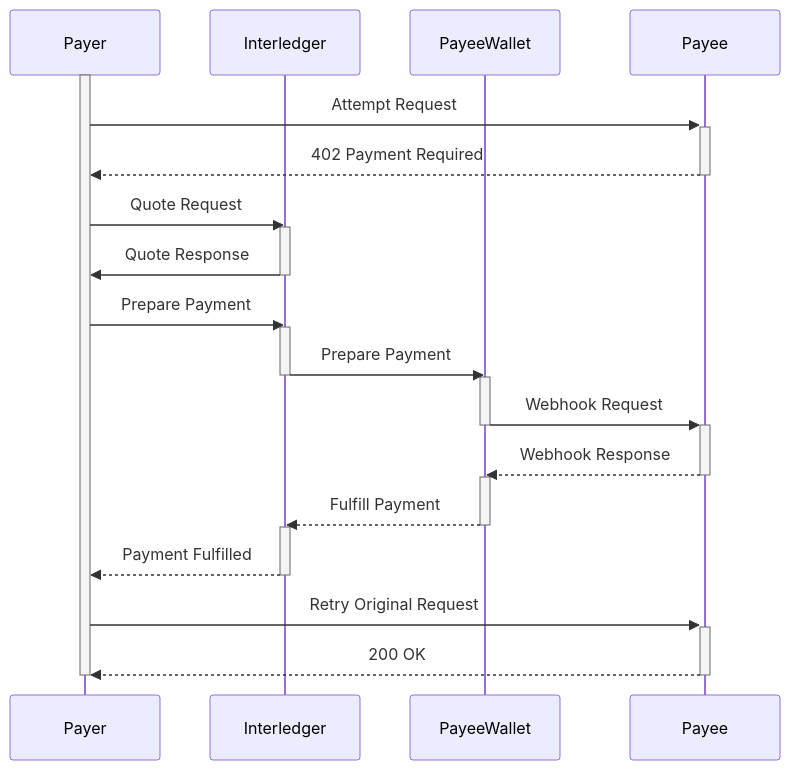
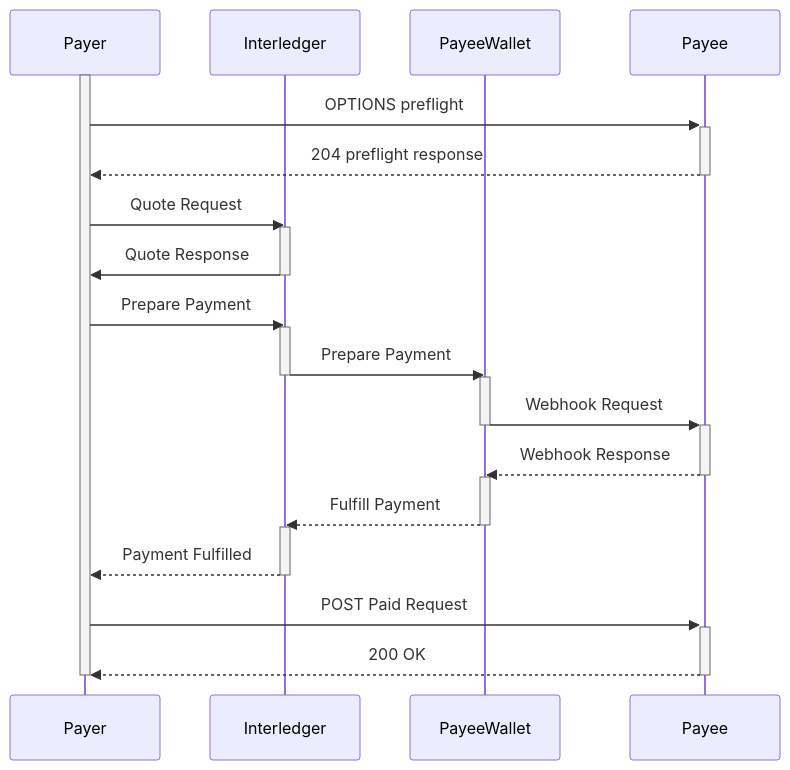
One commit to interledger/rfcs changed the diagram in 0014-http-ilp/sequence.mmd. Above: the diagram before and after it, drawn with Mermaid. The commit also changed 1 other file, not shown here.

```diff
--- a/0014-http-ilp/sequence.mmd
+++ b/0014-http-ilp/sequence.mmd
@@ -1,29 +1,29 @@
 sequenceDiagram
 participant Payer
 participant Interledger
 participant PayeeWallet
 participant Payee
 activate Payer
-Payer->>+Payee: Attempt Request
-Payee-->>-Payer: 402 Payment Required
+Payer->>+Payee: OPTIONS preflight
+Payee-->>-Payer: 204 preflight response
 Payer->>Interledger: Quote Request
 activate Interledger
 Interledger->>Payer: Quote Response
 deactivate Interledger
 Payer->>Interledger: Prepare Payment
 activate Interledger
 Interledger->>PayeeWallet: Prepare Payment
 deactivate Interledger
 activate PayeeWallet
 PayeeWallet->>+Payee: Webhook Request
 deactivate PayeeWallet
 Payee-->>-PayeeWallet: Webhook Response
 activate PayeeWallet
 PayeeWallet-->>Interledger: Fulfill Payment
 deactivate PayeeWallet
 activate Interledger
 Interledger-->>Payer: Payment Fulfilled
 deactivate Interledger
-Payer->>+Payee: Retry Original Request
+Payer->>+Payee: POST Paid Request
 Payee-->>-Payer: 200 OK
 deactivate Payer
```
